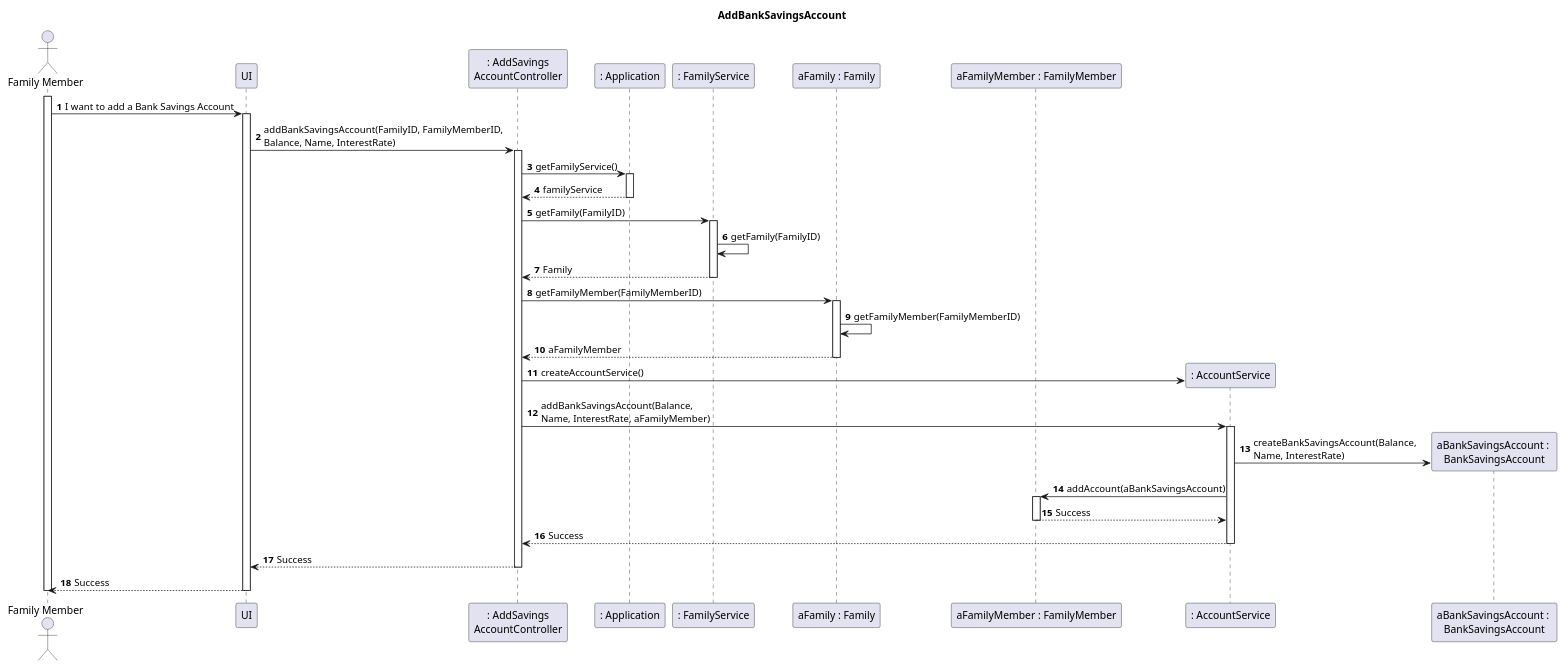
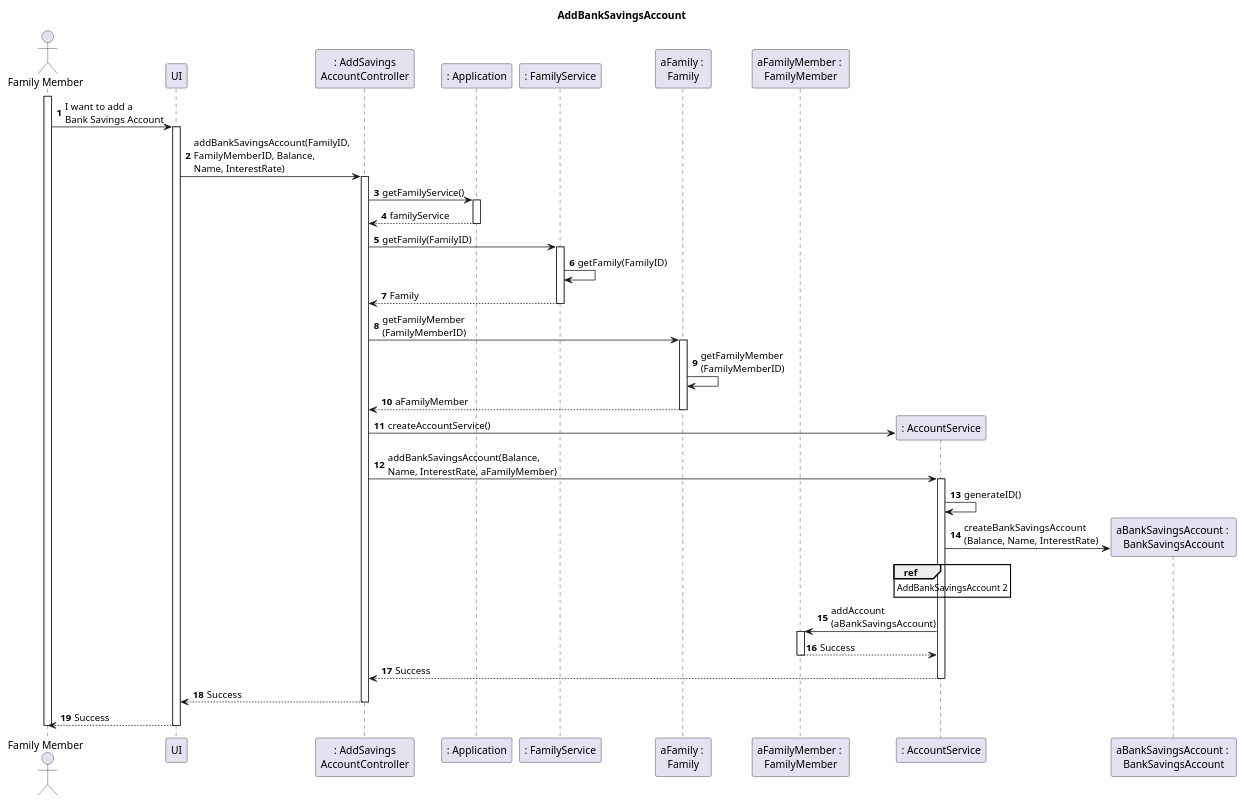
The second of 4 diagrams in docs/sprint2/user_stories/US172_AddBankSavingsAccount.md (tomas-osswald/switch_2020_g3), drawn with PlantUML before and after one commit. The commit also changed other lines of this file, not shown here.

Commit message:
Added part 2 of SD detailing BankSavingsAccount object creation

`````diff
--- a/docs/sprint2/user_stories/US172_AddBankSavingsAccount.md
+++ b/docs/sprint2/user_stories/US172_AddBankSavingsAccount.md
@@ -98,50 +98,54 @@
 ````puml
 autonumber
 
 
 title AddBankSavingsAccount
 actor "Family Member" as FamilyMember
 participant "UI" as UI
 participant ": AddSavings\nAccountController" as Controller
 participant ": Application" as App
 participant ": FamilyService" as FamilyService
-participant "aFamily : Family" as Family
-participant "aFamilyMember : FamilyMember" as aFamilyMember
+participant "aFamily : \nFamily" as Family
+participant "aFamilyMember : \nFamilyMember" as aFamilyMember
 participant ": AccountService" as AccountService
 participant "aBankSavingsAccount : \nBankSavingsAccount" as BankAccount
 
 activate FamilyMember
-FamilyMember -> UI: I want to add a Bank Savings Account
+FamilyMember -> UI: I want to add a \nBank Savings Account
 activate UI
-UI -> Controller : addBankSavingsAccount(FamilyID, FamilyMemberID, \nBalance, Name, InterestRate)
+UI -> Controller : addBankSavingsAccount(FamilyID, \nFamilyMemberID, Balance, \nName, InterestRate)
 activate Controller
 Controller -> App : getFamilyService()
 activate App
 App --> Controller : familyService
 deactivate App
 Controller -> FamilyService : getFamily(FamilyID)
 activate FamilyService
 FamilyService -> FamilyService : getFamily(FamilyID)
 FamilyService --> Controller : Family
 deactivate FamilyService
-Controller -> Family : getFamilyMember(FamilyMemberID)
+Controller -> Family : getFamilyMember\n(FamilyMemberID)
 Activate Family
-Family -> Family : getFamilyMember(FamilyMemberID)
+Family -> Family : getFamilyMember\n(FamilyMemberID)
 Family --> Controller : aFamilyMember
 Deactivate Family
 Controller -> AccountService ** : createAccountService()
 Controller -> AccountService : addBankSavingsAccount(Balance, \nName, InterestRate, aFamilyMember)
 activate AccountService
-AccountService -> BankAccount ** : createBankSavingsAccount(Balance, \nName, InterestRate)
-AccountService -> aFamilyMember : addAccount(aBankSavingsAccount) 
+AccountService -> AccountService : generateID()
+AccountService -> BankAccount ** : createBankSavingsAccount\n(Balance, Name, InterestRate)
+ref over AccountService
+AddBankSavingsAccount 2
+end ref
+AccountService -> aFamilyMember : addAccount\n(aBankSavingsAccount) 
 activate aFamilyMember
 aFamilyMember --> AccountService : Success
 deactivate aFamilyMember
 AccountService --> Controller : Success
 deactivate AccountService
 Controller --> UI : Success
 deactivate Controller
 UI --> FamilyMember : Success
 deactivate UI
 deactivate FamilyMember
 ````
`````
